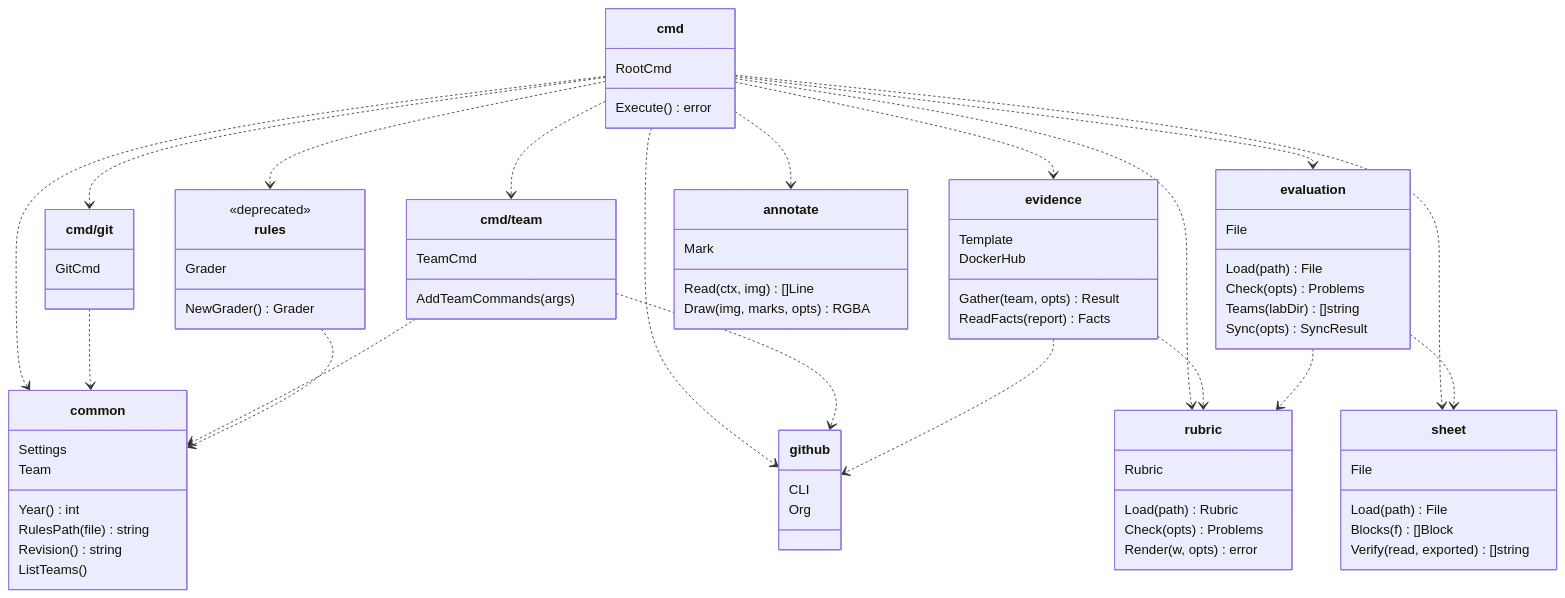
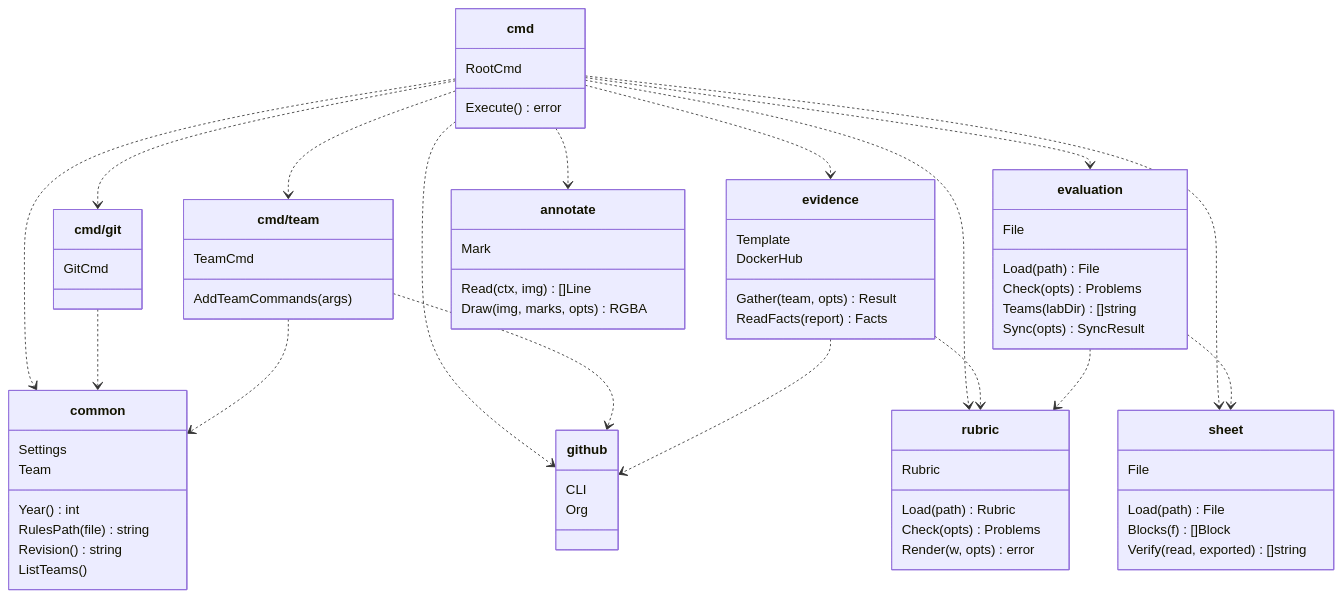
The diagram in CONTRIBUTING.md (mincong-classroom/mc), drawn with Mermaid before and after one commit. The commit also changed other lines of this file and 19 other files, not shown here.

Commit message:
Remove the deprecated mc grade and its rules of 2025 (#36)

````diff
--- a/CONTRIBUTING.md
+++ b/CONTRIBUTING.md
@@ -9,80 +9,73 @@
 ```mermaid
 classDiagram
     direction TB
     class cmd {
         RootCmd
         Execute() error
     }
     class cmd_git["cmd/git"] {
         GitCmd
     }
     class cmd_team["cmd/team"] {
         TeamCmd
         AddTeamCommands(args)
-    }
-    class rules {
-        <<deprecated>>
-        Grader
-        NewGrader() Grader
     }
     class common {
         Settings
         Team
         Year() int
         RulesPath(file) string
         Revision() string
         ListTeams()
     }
     class github {
         CLI
         Org
     }
     class rubric {
         Rubric
         Load(path) Rubric
         Check(opts) Problems
         Render(w, opts) error
     }
     class evidence {
         Gather(team, opts) Result
         ReadFacts(report) Facts
         Template
         DockerHub
     }
     class evaluation {
         File
         Load(path) File
         Check(opts) Problems
         Teams(labDir) []string
         Sync(opts) SyncResult
     }
     class sheet {
         File
         Load(path) File
         Blocks(f) []Block
         Verify(read, exported) []string
     }
     class annotate {
         Mark
         Read(ctx, img) []Line
         Draw(img, marks, opts) RGBA
     }
     cmd ..> cmd_git
     cmd ..> cmd_team
-    cmd ..> rules
     cmd ..> common
     cmd ..> evidence
     cmd ..> evaluation
     cmd ..> annotate
     cmd ..> sheet
     cmd ..> github
     cmd ..> rubric
     cmd_git ..> common
     cmd_team ..> common
     cmd_team ..> github
-    rules ..> common
     evidence ..> github
     evidence ..> rubric
     evaluation ..> rubric
     evaluation ..> sheet
 ```
````
